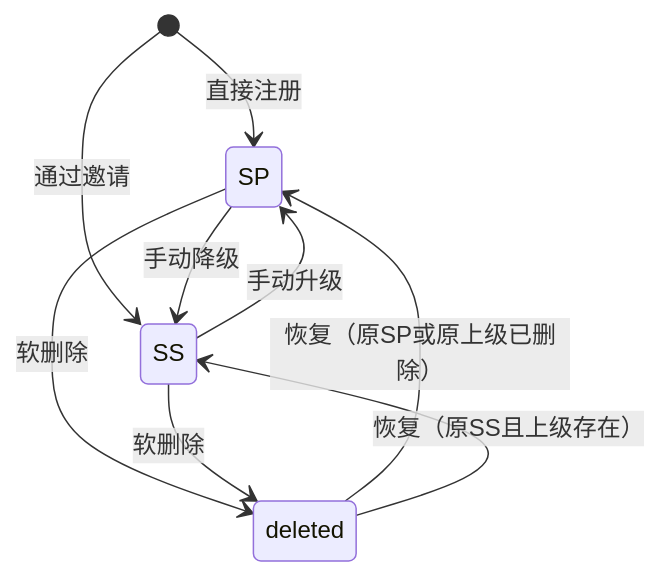
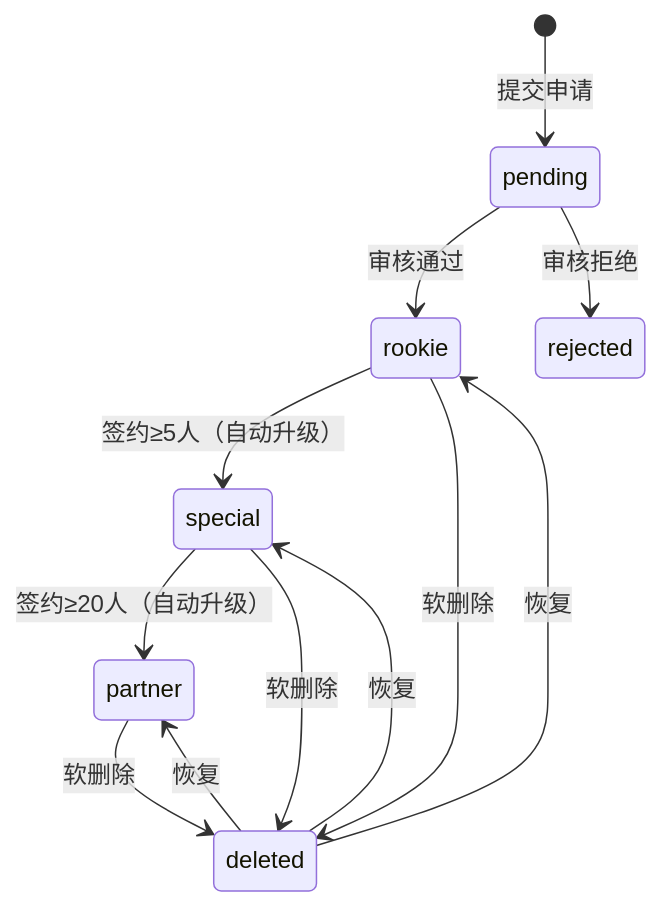
One commit to chzhh393/aomi-star changed diagram 19 of 20 in docs/guides/business/workflows/business-processes-overview.md. Above: the diagram before and after it, drawn with Mermaid. The commit also changed other lines of this file and 47 other files, not shown here.

````diff
--- a/docs/guides/business/workflows/business-processes-overview.md
+++ b/docs/guides/business/workflows/business-processes-overview.md
@@ -2057,14 +1911,17 @@
 ```mermaid
 stateDiagram-v2
-    [*] --> SP: 直接注册
-    [*] --> SS: 通过邀请
-    
-    SP --> SS: 手动降级
-    SS --> SP: 手动升级
-    
-    SP --> deleted: 软删除
-    SS --> deleted: 软删除
-    
-    deleted --> SP: 恢复（原SP或原上级已删除）
-    deleted --> SS: 恢复（原SS且上级存在）
+    [*] --> pending: 提交申请
+    pending --> rookie: 审核通过
+    pending --> rejected: 审核拒绝
+
+    rookie --> special: 签约≥5人（自动升级）
+    special --> partner: 签约≥20人（自动升级）
+
+    rookie --> deleted: 软删除
+    special --> deleted: 软删除
+    partner --> deleted: 软删除
+
+    deleted --> rookie: 恢复
+    deleted --> special: 恢复
+    deleted --> partner: 恢复
 ```
````
